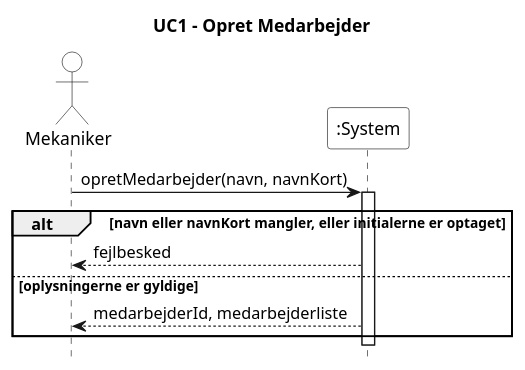
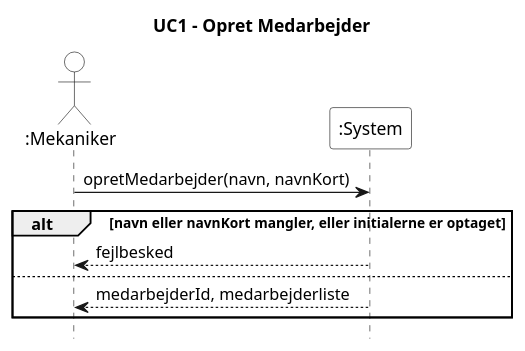
Before and after one commit to Zoabz/Getting-Real: the diagram in 4. System Sekvens Diagram/UC1_opret_medarbejder.puml, drawn with PlantUML. The commit also changed 8 other files, not shown here.

```diff
--- a/4. System Sekvens Diagram/UC1_opret_medarbejder.puml
+++ b/4. System Sekvens Diagram/UC1_opret_medarbejder.puml
@@ -1,25 +1,25 @@
 @startuml
 title UC1 - Opret Medarbejder
 hide footbox
 skinparam monochrome true
 skinparam shadowing false
 skinparam backgroundColor white
 skinparam actor {
   BackgroundColor white
 }
 skinparam participant {
   BackgroundColor white
 }
 
-actor Mekaniker
+actor ":Mekaniker"
 participant ":System" as System
 
-Mekaniker -> System : opretMedarbejder(navn, navnKort)
-activate System
+":Mekaniker" -> System : opretMedarbejder(navn, navnKort)
+
 alt navn eller navnKort mangler, eller initialerne er optaget
-  System --> Mekaniker : fejlbesked
-else oplysningerne er gyldige
-  System --> Mekaniker : medarbejderId, medarbejderliste
+  System --> ":Mekaniker" : fejlbesked
+else
+  System --> ":Mekaniker" : medarbejderId, medarbejderliste
 end
-deactivate System
+
 @enduml
```
